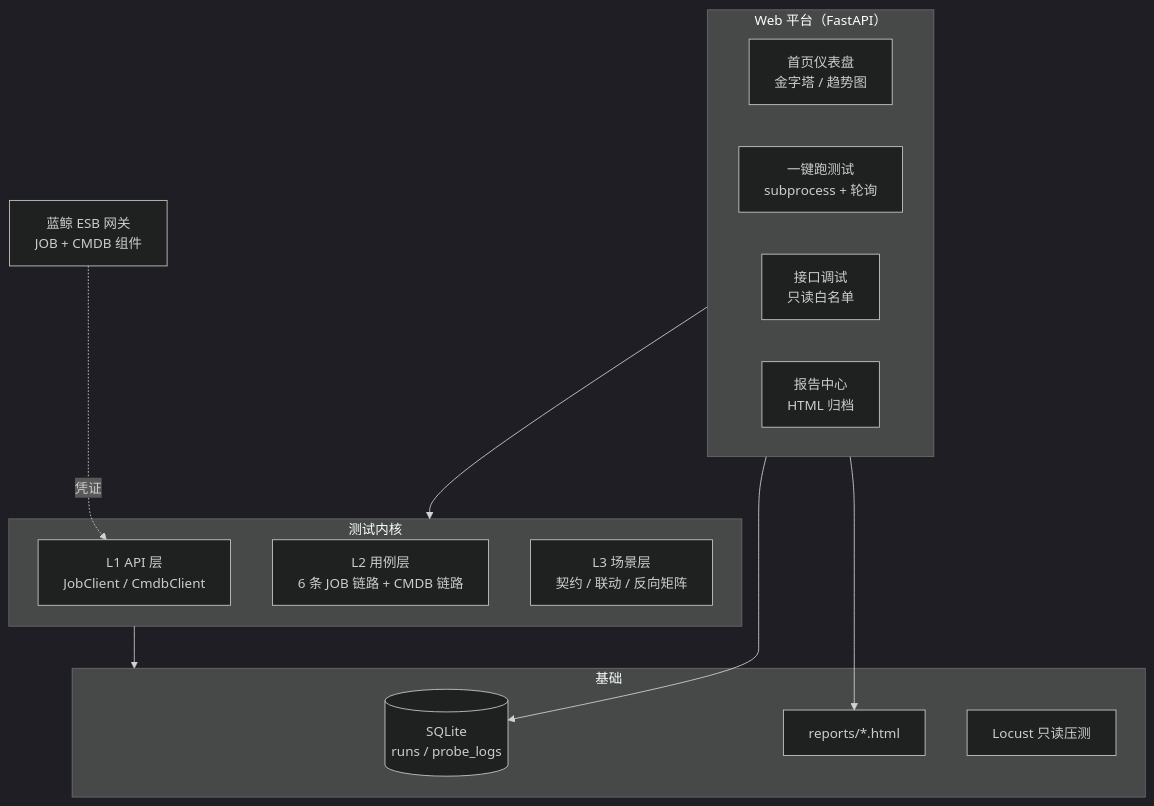
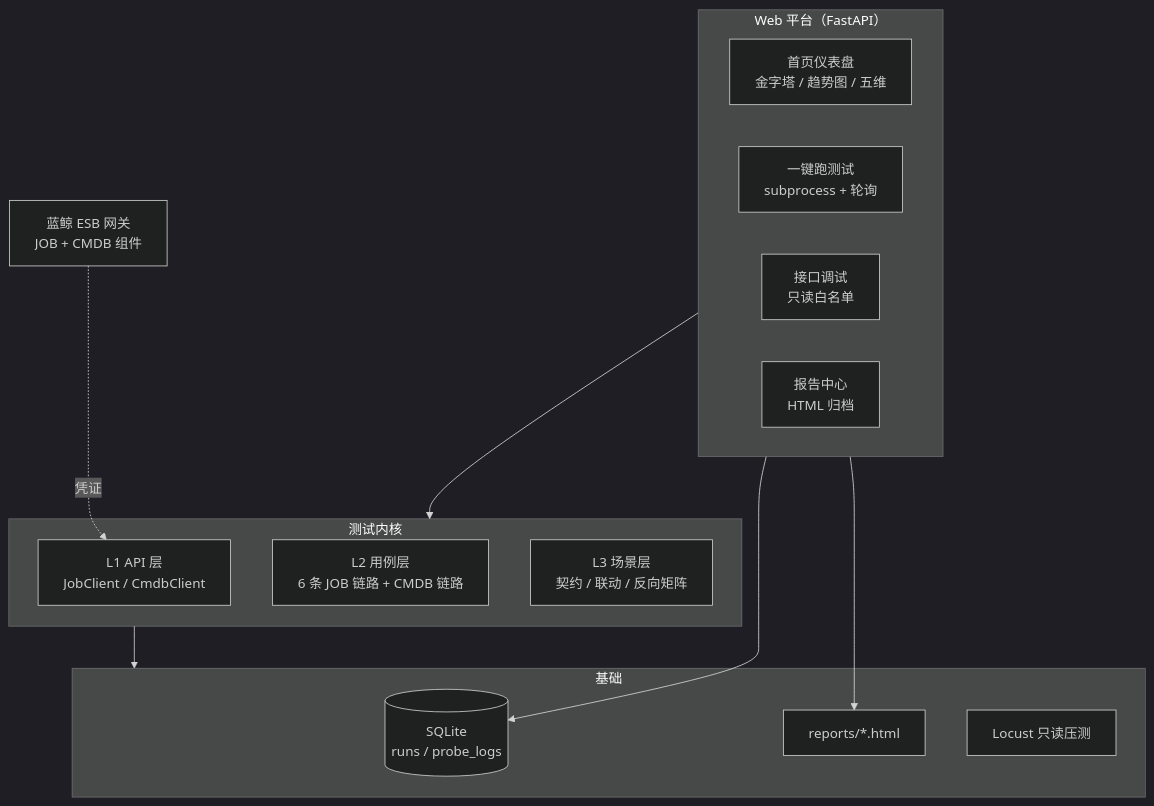
The diagram in README.md (YY-Zhang01/bk-test-platform), drawn with Mermaid (dark theme) before and after one commit. The commit also changed other lines of this file, not shown here.

Commit message:
docs: 重写 README（参考工程交接文档格式，补架构图/工作流程/五维，对齐 98 用例）

````diff
--- a/README.md
+++ b/README.md
@@ -31,27 +72,27 @@
 ```mermaid
 flowchart TB
     subgraph UI["Web 平台（FastAPI）"]
-        DASH["首页仪表盘<br/>金字塔 / 趋势图"]
+        DASH["首页仪表盘<br/>金字塔 / 趋势图 / 五维"]
         RUN["一键跑测试<br/>subprocess + 轮询"]
         PROBE["接口调试<br/>只读白名单"]
         REP["报告中心<br/>HTML 归档"]
     end
 
     subgraph CORE["测试内核"]
         L1["L1 API 层<br/>JobClient / CmdbClient"]
         L2["L2 用例层<br/>6 条 JOB 链路 + CMDB 链路"]
         L3["L3 场景层<br/>契约 / 联动 / 反向矩阵"]
     end
 
     subgraph INFRA["基础"]
         DB[("SQLite<br/>runs / probe_logs")]
         RPT["reports/*.html"]
         LOC["Locust 只读压测"]
     end
 
     UI --> CORE
     CORE --> INFRA
     UI --> DB
     UI --> RPT
     ESB["蓝鲸 ESB 网关<br/>JOB + CMDB 组件"] -.凭证.-> L1
 ```
````
